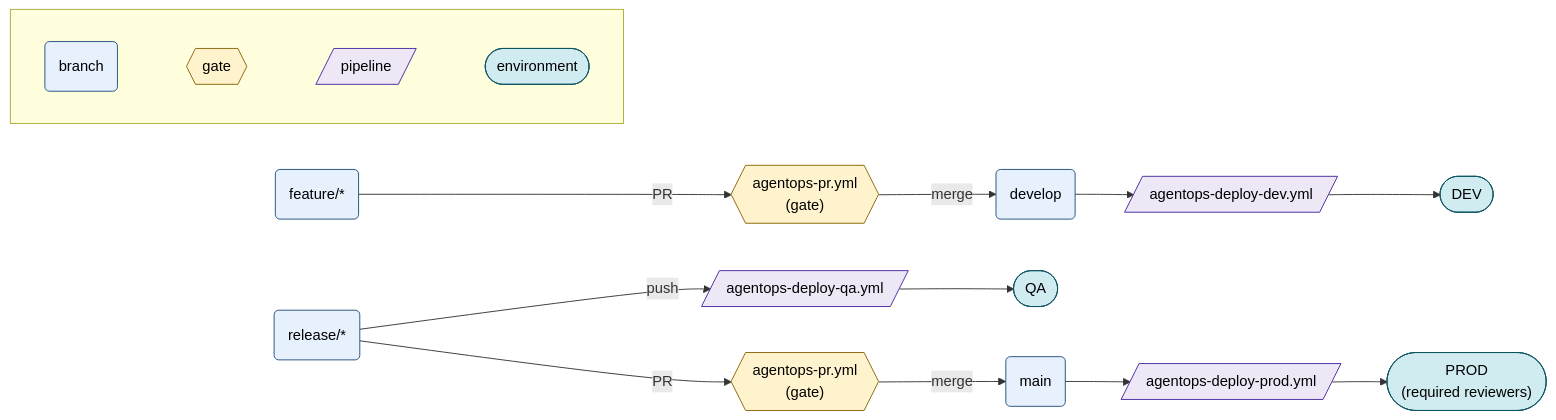
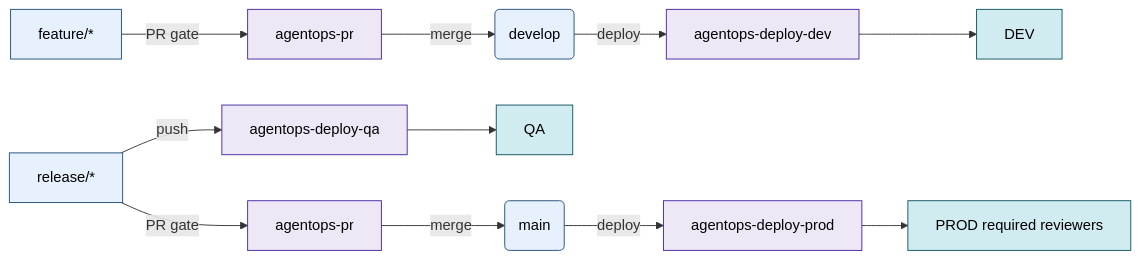
Before and after one commit to Azure/agentops: the diagram in docs/ci-github-actions.md, drawn with Mermaid. The commit also changed 5 other files, not shown here.

Commit message:
Fix Mermaid rendering and diagram labels

````diff
--- a/docs/ci-github-actions.md
+++ b/docs/ci-github-actions.md
@@ -33,29 +33,22 @@
 ```mermaid
 flowchart LR
-    feat("feature/*") -->|PR| prGate1{{"agentops-pr.yml<br/>(gate)"}}
+    feat["feature/*"] -->|PR gate| prGate1["agentops-pr"]
     prGate1 -->|merge| dev("develop")
-    dev --> deployDev[/"agentops-deploy-dev.yml"/]
-    deployDev --> DEV(["DEV"])
+    dev -->|deploy| deployDev["agentops-deploy-dev"]
+    deployDev --> DEV["DEV"]
 
-    rel("release/*") -->|push| deployQa[/"agentops-deploy-qa.yml"/]
-    deployQa --> QA(["QA"])
+    rel["release/*"] -->|push| deployQa["agentops-deploy-qa"]
+    deployQa --> QA["QA"]
 
-    rel -->|PR| prGate2{{"agentops-pr.yml<br/>(gate)"}}
+    rel -->|PR gate| prGate2["agentops-pr"]
     prGate2 -->|merge| main("main")
-    main --> deployProd[/"agentops-deploy-prod.yml"/]
-    deployProd --> PROD(["PROD<br/>(required reviewers)"])
-
-    subgraph Legend [" "]
-        direction LR
-        lBranch("branch") ~~~ lGate{{"gate"}} ~~~ lPipe[/"pipeline"/] ~~~ lEnv(["environment"])
-    end
+    main -->|deploy| deployProd["agentops-deploy-prod"]
+    deployProd --> PROD["PROD required reviewers"]
 
     classDef branch fill:#e7f0fd,stroke:#1f4e79,color:#000;
-    classDef gate fill:#fff3cd,stroke:#856404,color:#000;
     classDef pipeline fill:#ede7f6,stroke:#4527a0,color:#000;
     classDef env fill:#d1ecf1,stroke:#0c5460,color:#000;
-    class feat,dev,rel,main,lBranch branch;
-    class prGate1,prGate2,lGate gate;
-    class deployDev,deployQa,deployProd,lPipe pipeline;
-    class DEV,QA,PROD,lEnv env;
+    class feat,dev,rel,main branch;
+    class prGate1,prGate2,deployDev,deployQa,deployProd pipeline;
+    class DEV,QA,PROD env;
 ```
````
